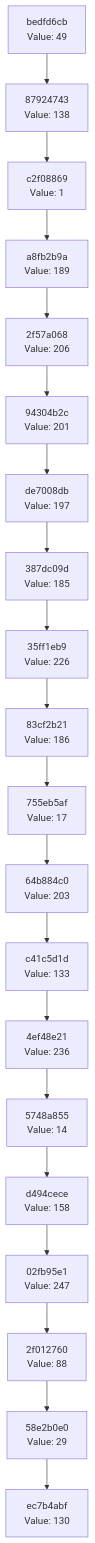
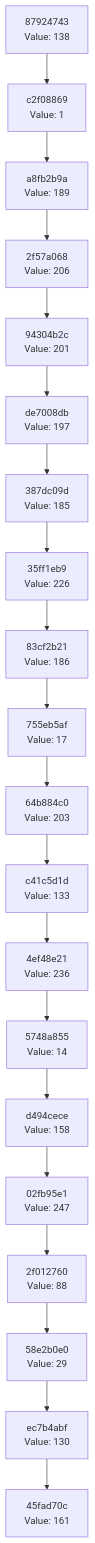
Before and after one commit to Abhisheksinha1506/hash-chain-evolver: the diagram in docs/CHAIN_VISUALIZATION.md, drawn with Mermaid. The commit also changed 3 other files, not shown here.

````diff
--- a/docs/CHAIN_VISUALIZATION.md
+++ b/docs/CHAIN_VISUALIZATION.md
@@ -3,42 +3,42 @@
 ```mermaid
 graph TD
-    C0["ec7b4abf<br/>Value: 130"]
-    C1["58e2b0e0<br/>Value: 29"]
+    C0["45fad70c<br/>Value: 161"]
+    C1["ec7b4abf<br/>Value: 130"]
     C1 --> C0
-    C2["2f012760<br/>Value: 88"]
+    C2["58e2b0e0<br/>Value: 29"]
     C2 --> C1
-    C3["02fb95e1<br/>Value: 247"]
+    C3["2f012760<br/>Value: 88"]
     C3 --> C2
-    C4["d494cece<br/>Value: 158"]
+    C4["02fb95e1<br/>Value: 247"]
     C4 --> C3
-    C5["5748a855<br/>Value: 14"]
+    C5["d494cece<br/>Value: 158"]
     C5 --> C4
-    C6["4ef48e21<br/>Value: 236"]
+    C6["5748a855<br/>Value: 14"]
     C6 --> C5
-    C7["c41c5d1d<br/>Value: 133"]
+    C7["4ef48e21<br/>Value: 236"]
     C7 --> C6
-    C8["64b884c0<br/>Value: 203"]
+    C8["c41c5d1d<br/>Value: 133"]
     C8 --> C7
-    C9["755eb5af<br/>Value: 17"]
+    C9["64b884c0<br/>Value: 203"]
     C9 --> C8
-    C10["83cf2b21<br/>Value: 186"]
+    C10["755eb5af<br/>Value: 17"]
     C10 --> C9
-    C11["35ff1eb9<br/>Value: 226"]
+    C11["83cf2b21<br/>Value: 186"]
     C11 --> C10
-    C12["387dc09d<br/>Value: 185"]
+    C12["35ff1eb9<br/>Value: 226"]
     C12 --> C11
-    C13["de7008db<br/>Value: 197"]
+    C13["387dc09d<br/>Value: 185"]
     C13 --> C12
-    C14["94304b2c<br/>Value: 201"]
+    C14["de7008db<br/>Value: 197"]
     C14 --> C13
-    C15["2f57a068<br/>Value: 206"]
+    C15["94304b2c<br/>Value: 201"]
     C15 --> C14
-    C16["a8fb2b9a<br/>Value: 189"]
+    C16["2f57a068<br/>Value: 206"]
     C16 --> C15
-    C17["c2f08869<br/>Value: 1"]
+    C17["a8fb2b9a<br/>Value: 189"]
     C17 --> C16
-    C18["87924743<br/>Value: 138"]
+    C18["c2f08869<br/>Value: 1"]
     C18 --> C17
-    C19["bedfd6cb<br/>Value: 49"]
+    C19["87924743<br/>Value: 138"]
     C19 --> C18
 ```
````
